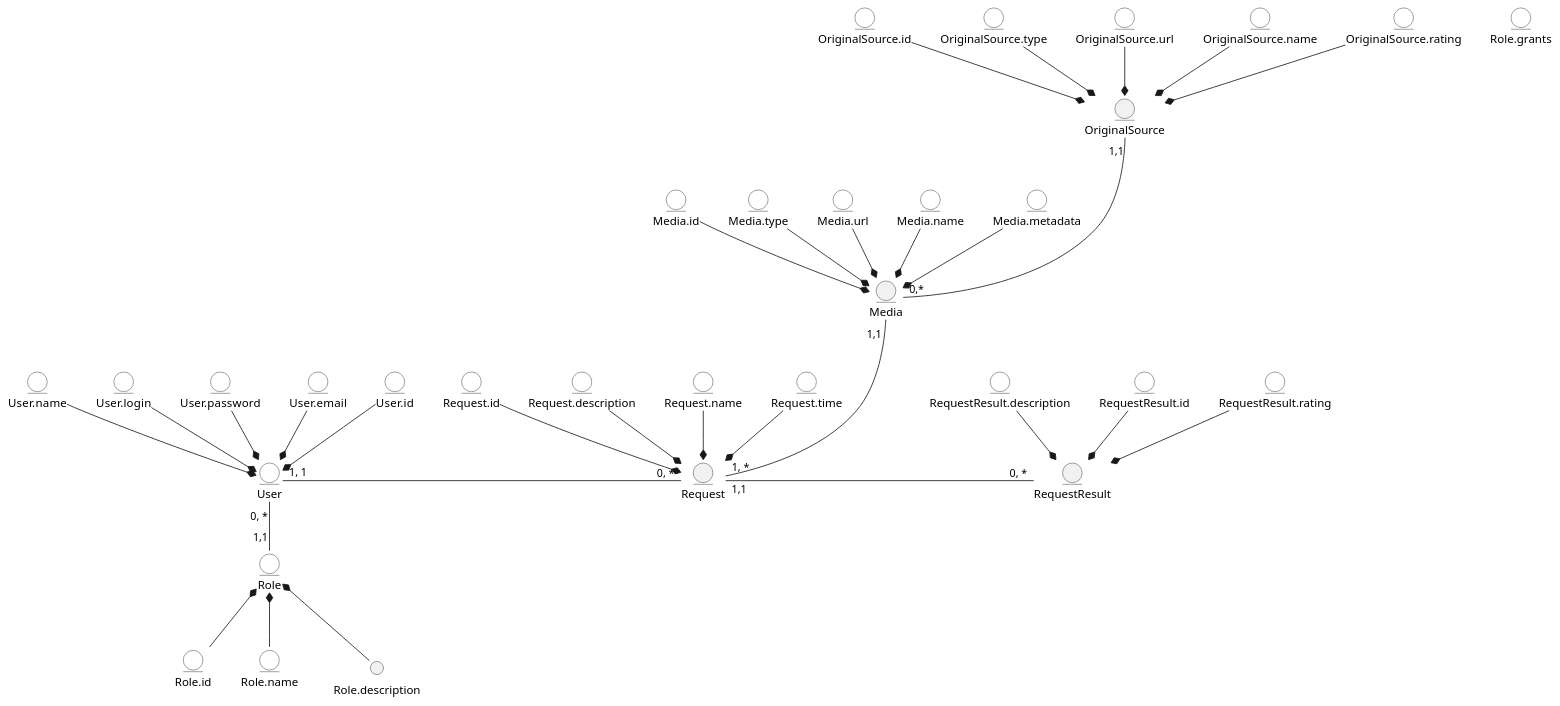
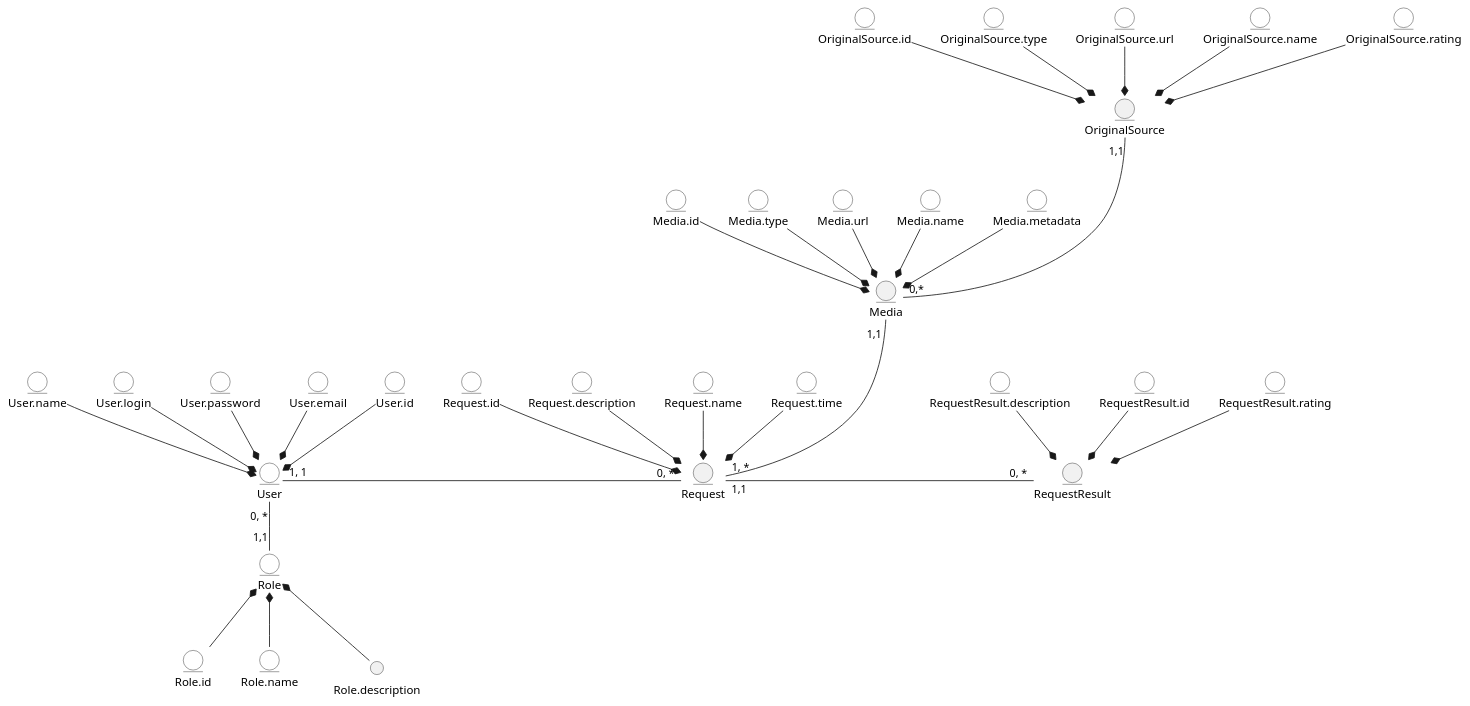
Before and after one commit to self-deception-at-its-finest/db-labs-IO24-team3: the first of 2 diagrams in docs/design/README.md, drawn with PlantUML. The commit also changed 1 other file, not shown here.

```diff
--- a/docs/design/README.md
+++ b/docs/design/README.md
@@ -20,7 +20,7 @@
 entity Role  #FFFFFF
 entity Role.id  #FFFFFF
 entity Role.name  #FFFFFF
-entity Role.grants #FFFFFF
+
 
 Role.id-u-* Role
 Role.name-u-* Role
```
